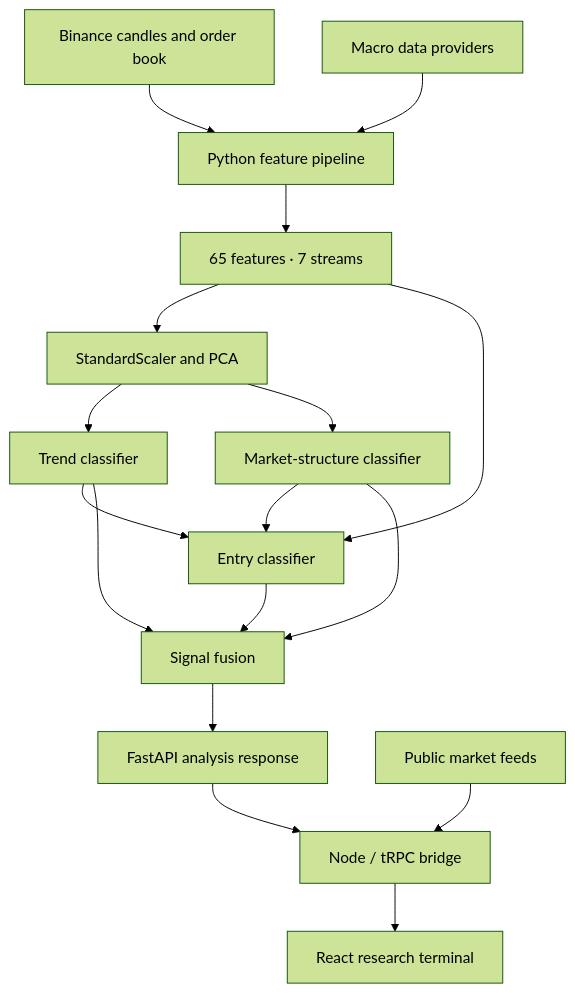
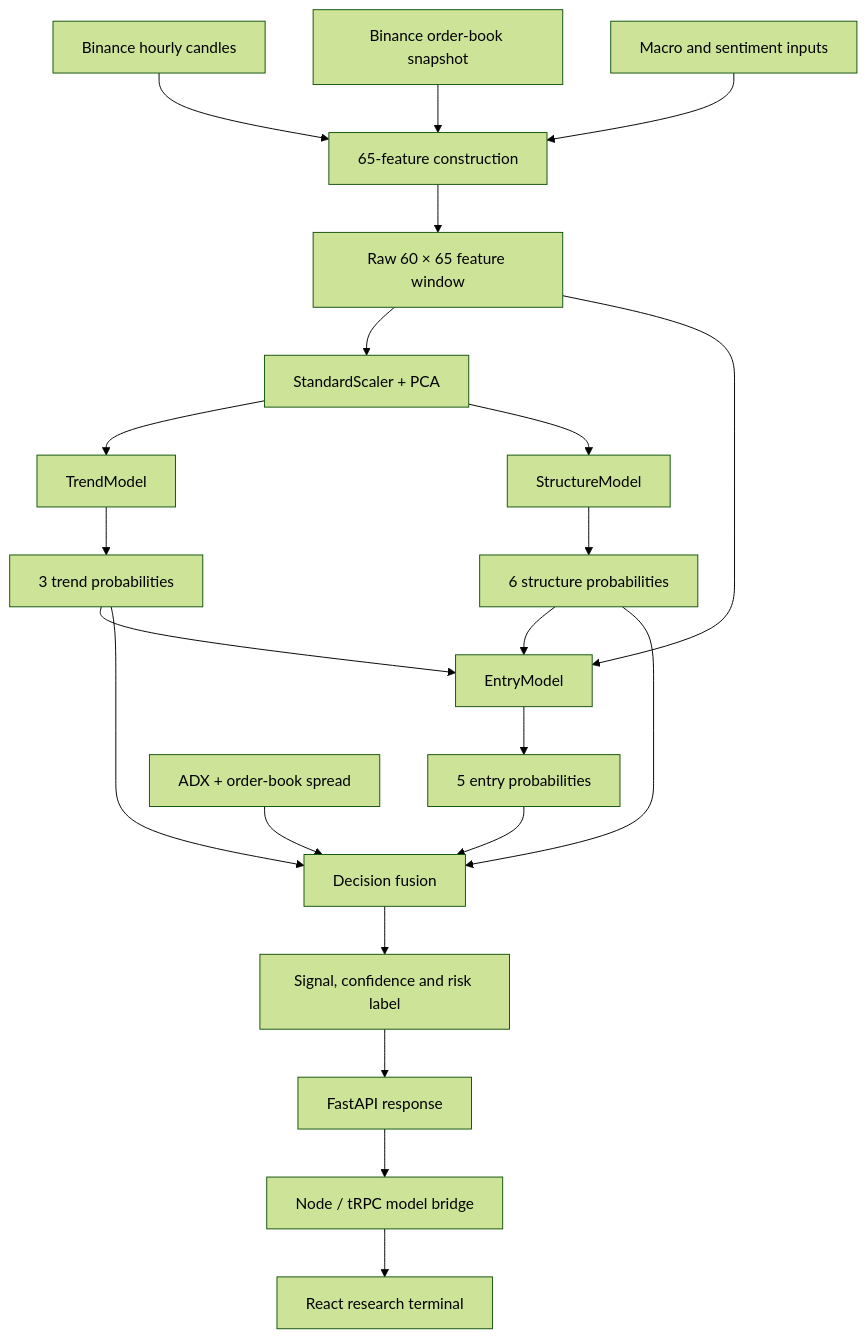
The first of 2 diagrams in README.md (faizyy07/QuantGrad_V5_Complete_All_Frontend_Backend), drawn with Mermaid (forest theme) before and after one commit. The commit also changed other lines of this file, not shown here.

````diff
--- a/README.md
+++ b/README.md
@@ -30,19 +29,24 @@
 ```mermaid
-flowchart TD
-    A[Binance candles and order book] --> D[Python feature pipeline]
-    B[Macro data providers] --> D
-    D --> E[65 features · 7 streams]
-    E --> F[StandardScaler and PCA]
-    F --> G[Trend classifier]
-    F --> H[Market-structure classifier]
-    E --> I[Entry classifier]
-    G --> I
-    H --> I
-    G --> J[Signal fusion]
-    H --> J
-    I --> J
-    J --> K[FastAPI analysis response]
-    K --> L[Node / tRPC bridge]
-    M[Public market feeds] --> L
-    L --> N[React research terminal]
+flowchart TB
+    A[Binance hourly candles] --> F[65-feature construction]
+    B[Binance order-book snapshot] --> F
+    C[Macro and sentiment inputs] --> F
+    F --> R[Raw 60 × 65 feature window]
+    R --> P[StandardScaler + PCA]
+    P --> T[TrendModel]
+    P --> S[StructureModel]
+    T --> TP[3 trend probabilities]
+    S --> SP[6 structure probabilities]
+    R --> E[EntryModel]
+    TP --> E
+    SP --> E
+    E --> EP[5 entry probabilities]
+    TP --> X[Decision fusion]
+    SP --> X
+    EP --> X
+    D[ADX + order-book spread] --> X
+    X --> O[Signal, confidence and risk label]
+    O --> API[FastAPI response]
+    API --> BR[Node / tRPC model bridge]
+    BR --> UI[React research terminal]
 ```
````
